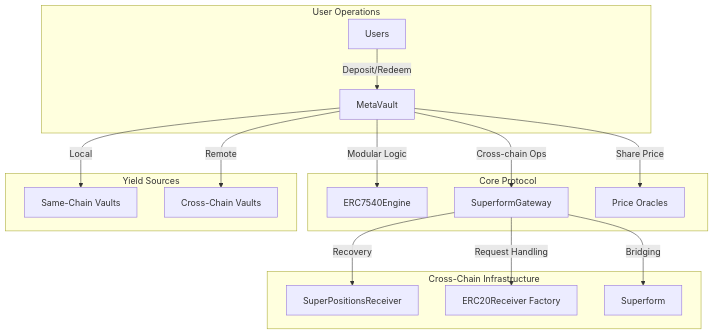
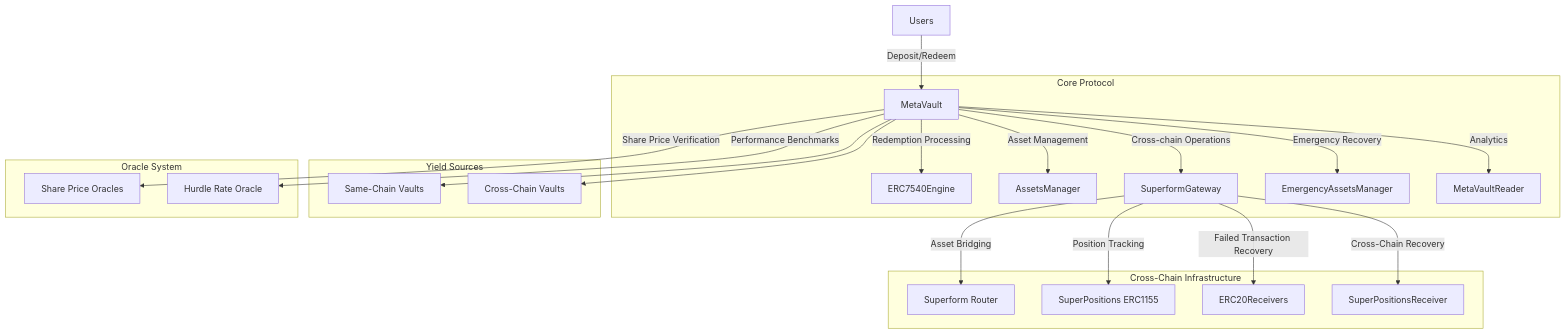
Before and after one commit to VerisLabs/metavault: the first of 2 diagrams in README.md, drawn with Mermaid. The commit also changed other lines of this file and 18 other files, not shown here.

````diff
--- a/README.md
+++ b/README.md
@@ -33,23 +43,29 @@
 ```mermaid
 graph TD
-    subgraph User Operations
-        User[Users] --> |Deposit/Redeem|MetaVault
-    end
+    Users[Users] -->|Deposit/Redeem| MetaVault[MetaVault]
     
     subgraph Core Protocol
-        MetaVault[MetaVault] --> |Modular Logic|Engine[ERC7540Engine]
-        MetaVault --> |Cross-chain Ops|Gateway[SuperformGateway]
-        MetaVault --> |Share Price|Oracles[Price Oracles]
+        MetaVault -->|Redemption Processing| Engine[ERC7540Engine]
+        MetaVault -->|Asset Management| AssetsManager[AssetsManager]
+        MetaVault -->|Cross-chain Operations| Gateway[SuperformGateway]
+        MetaVault -->|Emergency Recovery| Emergency[EmergencyAssetsManager]
+        MetaVault -->|Analytics| Reader[MetaVaultReader]
     end
     
     subgraph Cross-Chain Infrastructure
-        Gateway --> |Recovery|SPR[SuperPositionsReceiver]
-        Gateway --> |Request Handling|ERC20R[ERC20Receiver Factory]
-        Gateway --> |Bridging|Bridges[Superform]
+        Gateway -->|Asset Bridging| Superform[Superform Router]
+        Gateway -->|Position Tracking| Superpositions[SuperPositions ERC1155]
+        Gateway -->|Failed Transaction Recovery| Receivers[ERC20Receivers]
+        Gateway -->|Cross-Chain Recovery| SPR[SuperPositionsReceiver]
     end
     
     subgraph Yield Sources
-        MetaVault --> |Local|LocalVaults[Same-Chain Vaults]
-        MetaVault --> |Remote|RemoteVaults[Cross-Chain Vaults]
+        MetaVault --> LocalVaults[Same-Chain Vaults]
+        MetaVault --> RemoteVaults[Cross-Chain Vaults]
+    end
+    
+    subgraph Oracle System
+        MetaVault -->|Share Price Verification| PriceOracles[Share Price Oracles]
+        MetaVault -->|Performance Benchmarks| HurdleOracle[Hurdle Rate Oracle]
     end
 ```
````
